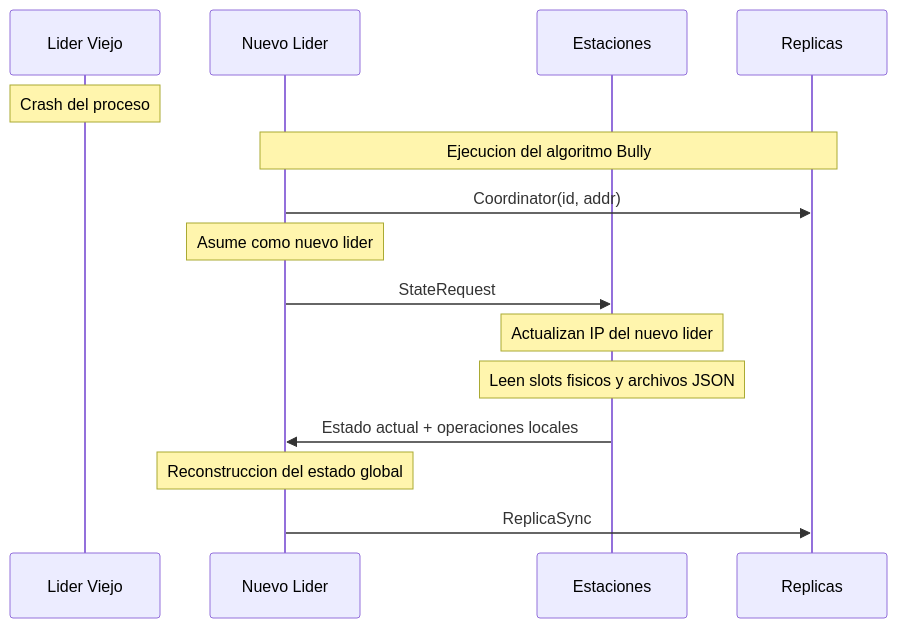
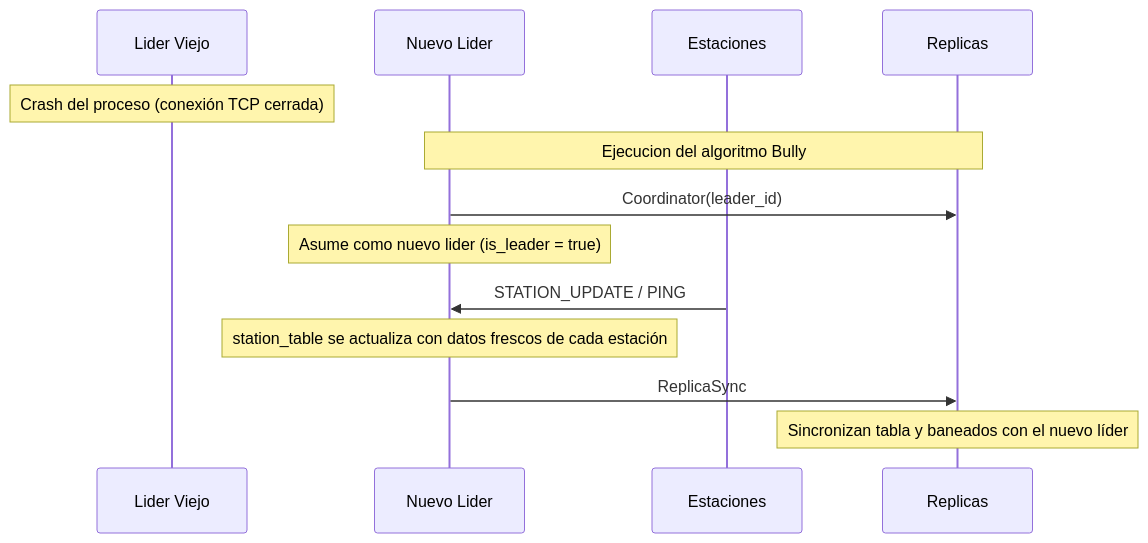
One commit to FacuMadotta/BiciRed changed the second of 2 diagrams in README.md. Above: the diagram before and after it, drawn with Mermaid. The commit also changed other lines of this file, not shown here.

````diff
--- a/README.md
+++ b/README.md
@@ -711,25 +737,21 @@
 ```mermaid
 sequenceDiagram
     participant LV as Lider Viejo
     participant NL as Nuevo Lider
     participant ST as Estaciones
     participant RE as Replicas
 
-    Note over LV: Crash del proceso
+    Note over LV: Crash del proceso (conexión TCP cerrada)
     Note over RE,NL: Ejecucion del algoritmo Bully
 
-    NL->>RE: Coordinator(id, addr)
+    NL->>RE: Coordinator(leader_id)
 
-    Note over NL: Asume como nuevo lider
+    Note over NL: Asume como nuevo lider (is_leader = true)
 
-    NL->>ST: StateRequest
+    ST->>NL: STATION_UPDATE / PING
 
-    Note over ST: Actualizan IP del nuevo lider
-    Note over ST: Leen slots fisicos y archivos JSON
-
-    ST->>NL: Estado actual + operaciones locales
-
-    Note over NL: Reconstruccion del estado global
+    Note over NL: station_table se actualiza con datos frescos de cada estación
 
     NL->>RE: ReplicaSync
+    Note over RE: Sincronizan tabla y baneados con el nuevo líder
 ```
````
